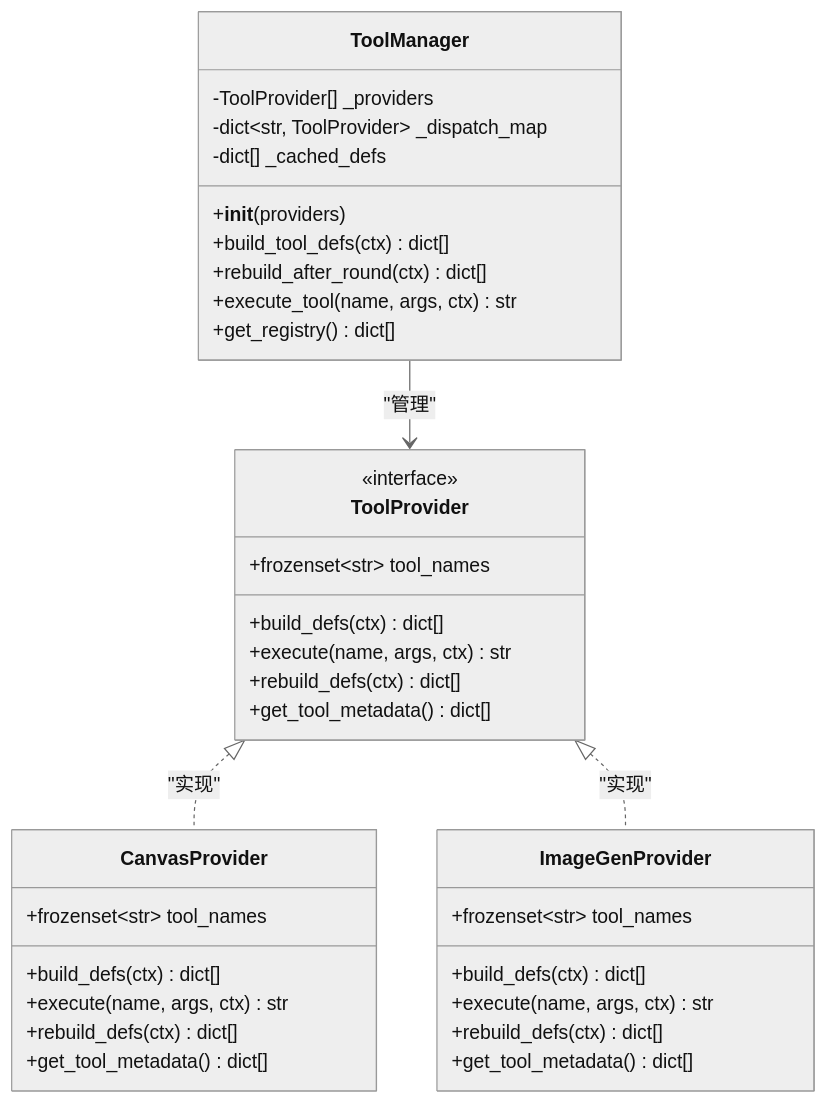
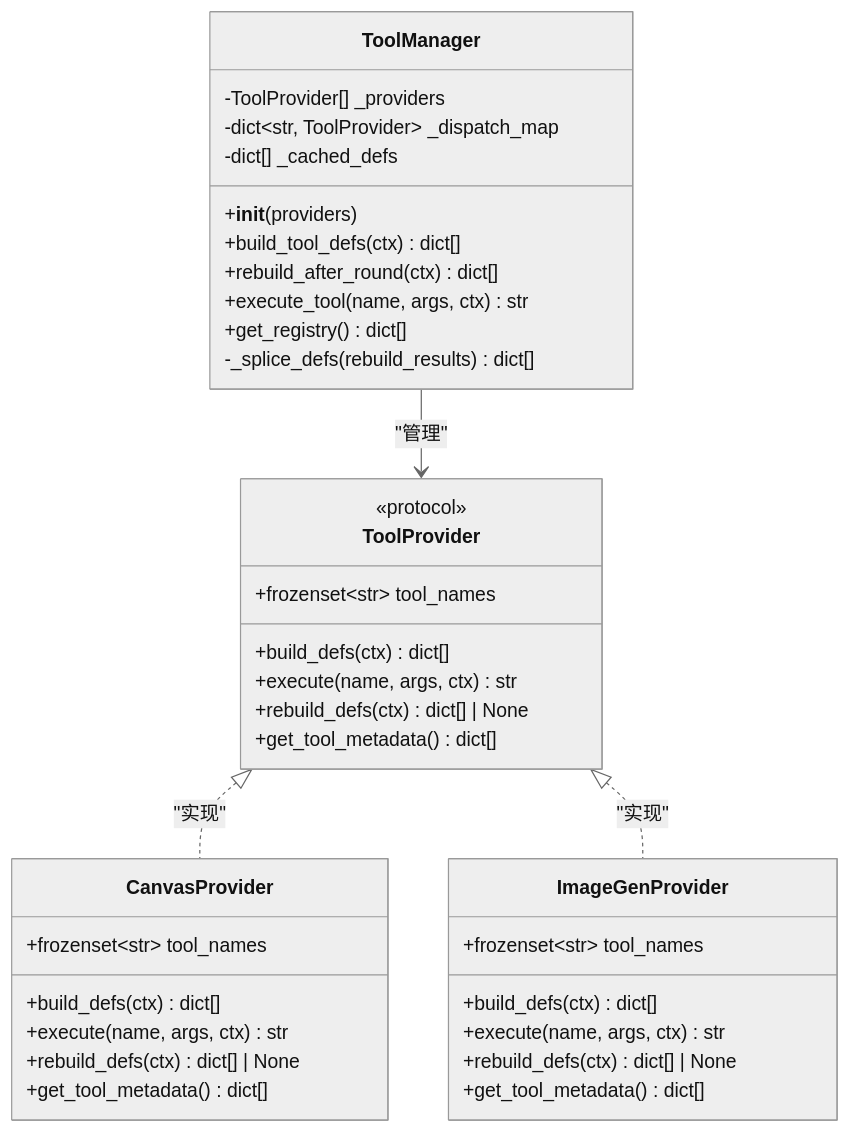
Before and after one commit to KunLabAI/KunFlix: the second of 9 diagrams in .qoder/repowiki/zh/content/后端服务架构/业务服务层/工具管理系统.md, drawn with Mermaid (neutral theme). The commit also changed other lines of this file and 13 other files, not shown here.

````diff
--- a/.qoder/repowiki/zh/content/后端服务架构/业务服务层/工具管理系统.md
+++ b/.qoder/repowiki/zh/content/后端服务架构/业务服务层/工具管理系统.md
@@ -97,38 +111,39 @@
 ```mermaid
 classDiagram
 class ToolManager {
 -ToolProvider[] _providers
 -dict~str, ToolProvider~ _dispatch_map
 -dict[] _cached_defs
 +__init__(providers)
 +build_tool_defs(ctx) dict[]
 +rebuild_after_round(ctx) dict[]
 +execute_tool(name, args, ctx) str
 +get_registry() dict[]
+-_splice_defs(rebuild_results) dict[]
 }
 class ToolProvider {
-<<interface>>
+<<protocol>>
 +frozenset~str~ tool_names
 +build_defs(ctx) dict[]
 +execute(name, args, ctx) str
-+rebuild_defs(ctx) dict[]
++rebuild_defs(ctx) dict[] | None
 +get_tool_metadata() dict[]
 }
 class CanvasProvider {
 +frozenset~str~ tool_names
 +build_defs(ctx) dict[]
 +execute(name, args, ctx) str
-+rebuild_defs(ctx) dict[]
++rebuild_defs(ctx) dict[] | None
 +get_tool_metadata() dict[]
 }
 class ImageGenProvider {
 +frozenset~str~ tool_names
 +build_defs(ctx) dict[]
 +execute(name, args, ctx) str
-+rebuild_defs(ctx) dict[]
++rebuild_defs(ctx) dict[] | None
 +get_tool_metadata() dict[]
 }
 ToolManager --> ToolProvider : "管理"
 ToolProvider <|.. CanvasProvider : "实现"
 ToolProvider <|.. ImageGenProvider : "实现"
 ```
````
